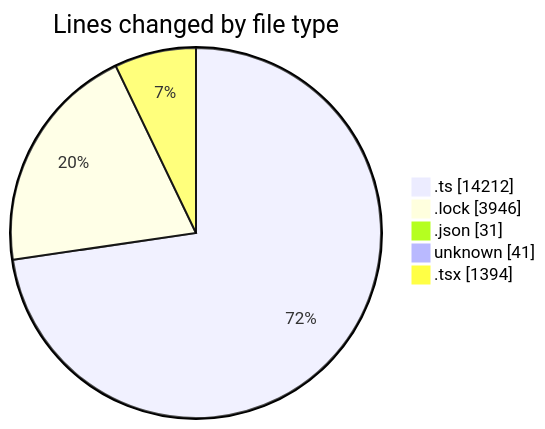
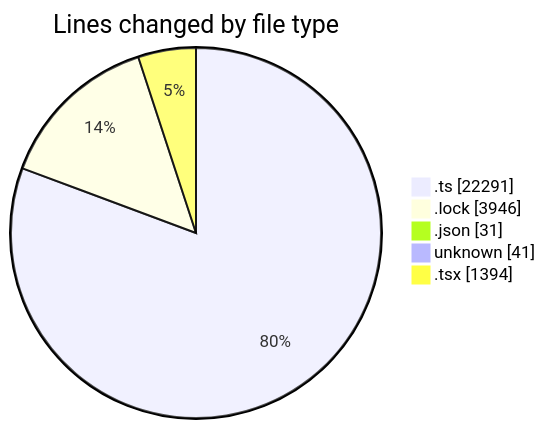
Before and after one commit to momahboobian/code-tracking: the first of 2 diagrams in 2025-08-19/cda/README.md, drawn with Mermaid. The commit also changed other lines of this file and 1 other file, not shown here.

````diff
--- a/2025-08-19/cda/README.md
+++ b/2025-08-19/cda/README.md
@@ -38,9 +39,9 @@
 ```mermaid
 pie showData
 title Lines changed by file type
-".ts" : 14212
+".ts" : 22291
 ".lock" : 3946
 ".json" : 31
 "unknown" : 41
 ".tsx" : 1394
 ```
````
